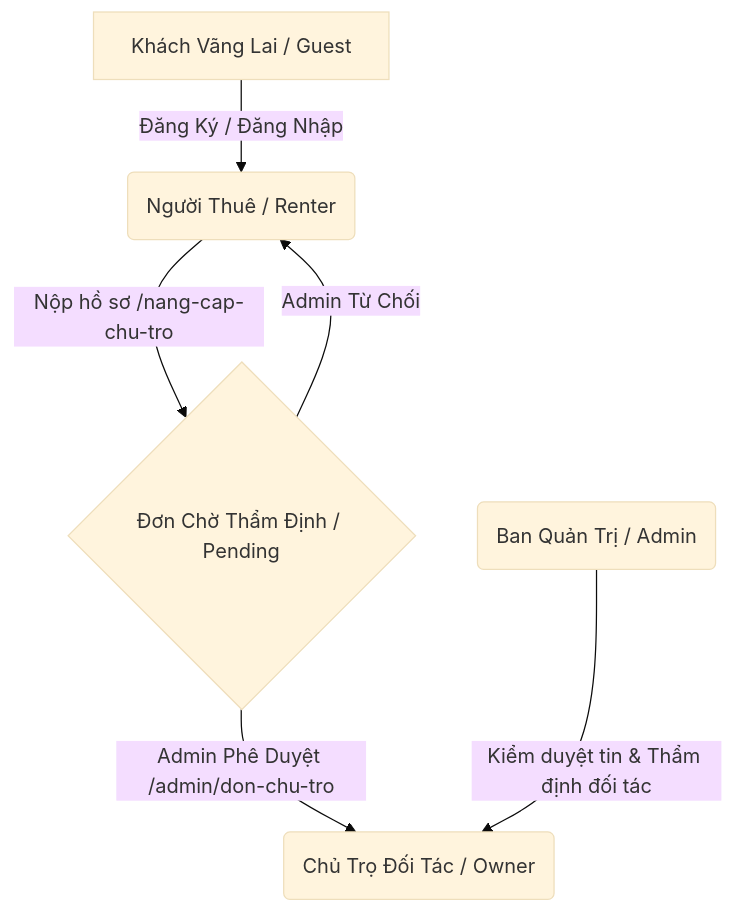
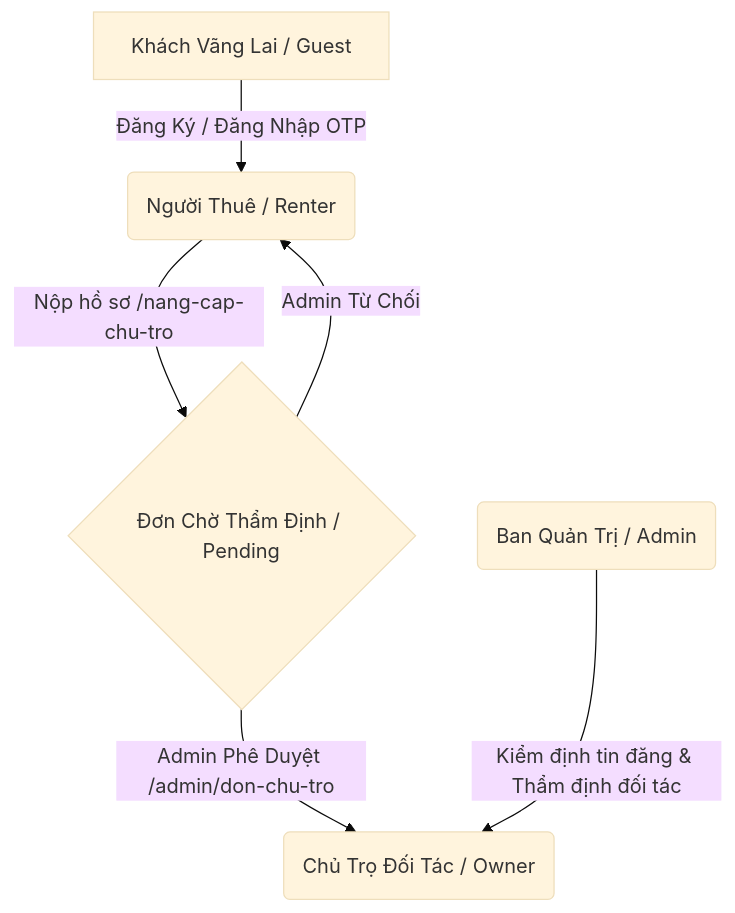
Before and after one commit to linmaru06-alt/troxinhde: the diagram in README.md, drawn with Mermaid (base theme). The commit also changed other lines of this file and 7 other files, not shown here.

````diff
--- a/README.md
+++ b/README.md
@@ -20,8 +35,8 @@
 ```mermaid
 graph TD
-    A[Khách Vãng Lai / Guest] -->|Đăng Ký / Đăng Nhập| B(Người Thuê / Renter)
+    A[Khách Vãng Lai / Guest] -->|Đăng Ký / Đăng Nhập OTP| B(Người Thuê / Renter)
     B -->|Nộp hồ sơ /nang-cap-chu-tro| C{Đơn Chờ Thẩm Định / Pending}
     C -->|Admin Từ Chối| B
     C -->|Admin Phê Duyệt /admin/don-chu-tro| D(Chủ Trọ Đối Tác / Owner)
-    E(Ban Quản Trị / Admin) -->|Kiểm duyệt tin & Thẩm định đối tác| D
+    E(Ban Quản Trị / Admin) -->|Kiểm định tin đăng & Thẩm định đối tác| D
 ```
````
